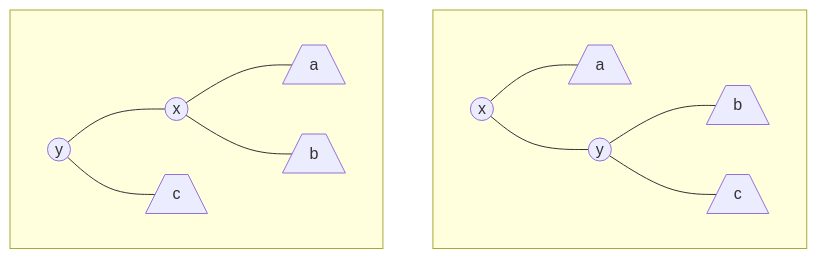
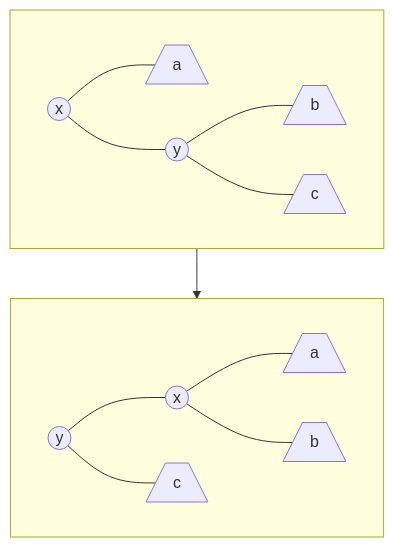
One commit to Kechidi/TP1 changed the third of 3 diagrams in cours/black-red-trees.md. Above: the diagram before and after it, drawn with Mermaid.

Commit message:
Pb figure

````diff
--- a/cours/black-red-trees.md
+++ b/cours/black-red-trees.md
@@ -106,12 +106,14 @@
 ```mermaid
 graph TD
   subgraph s1[ ]
   x1((x)) --- a1[/a\] & y1((y))
   y1 --- b1[/b\] & c1[/c\]
   end
 
   subgraph s2[ ]
   y2((y)) --- x2((x)) & c2[/c\]
   x2 --- a[/a\] & b[/b\]
   end
+
+  s1 --> s2
 ```
````
